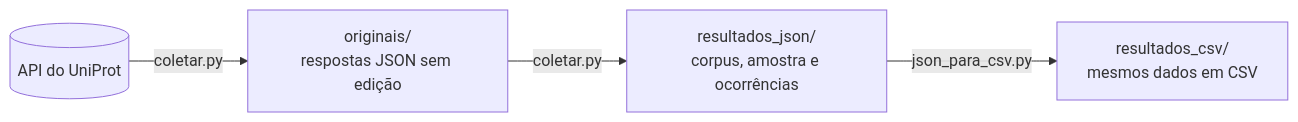
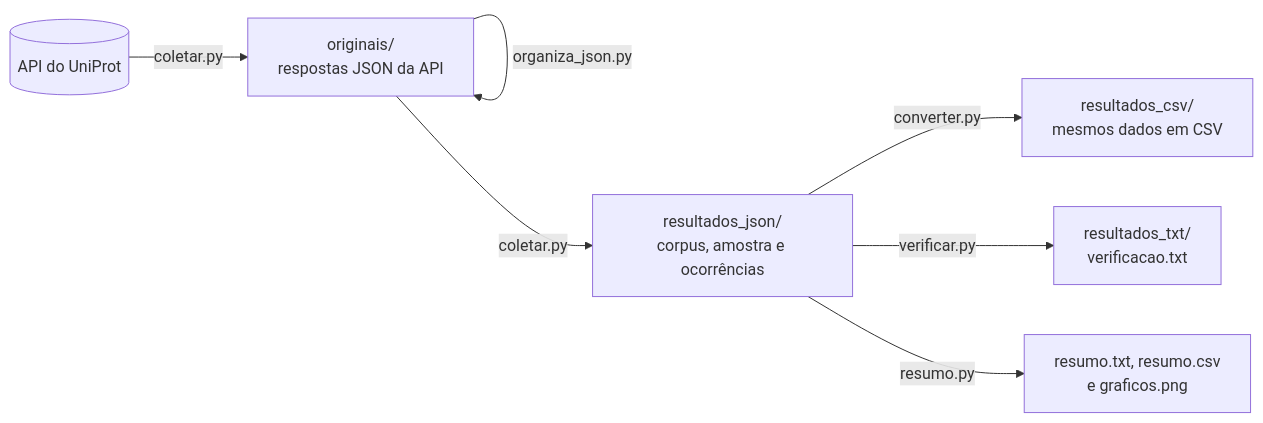
Before and after one commit to RicardoRisson/prot-extractor: the diagram in README.md, drawn with Mermaid. The commit also changed other lines of this file and 16 other files, not shown here.

````diff
--- a/README.md
+++ b/README.md
@@ -35,6 +43,9 @@
 ```mermaid
 flowchart LR
-    A[(API do UniProt)] -->|coletar.py| B["originais/<br/>respostas JSON sem edição"]
+    A[(API do UniProt)] -->|coletar.py| B["originais/<br/>respostas JSON da API"]
+    B -->|organiza_json.py| B
     B -->|coletar.py| C["resultados_json/<br/>corpus, amostra e ocorrências"]
-    C -->|json_para_csv.py| D["resultados_csv/<br/>mesmos dados em CSV"]
+    C -->|converter.py| D["resultados_csv/<br/>mesmos dados em CSV"]
+    C -->|verificar.py| E["resultados_txt/<br/>verificacao.txt"]
+    C -->|resumo.py| F["resumo.txt, resumo.csv<br/>e graficos.png"]
 ```
````
